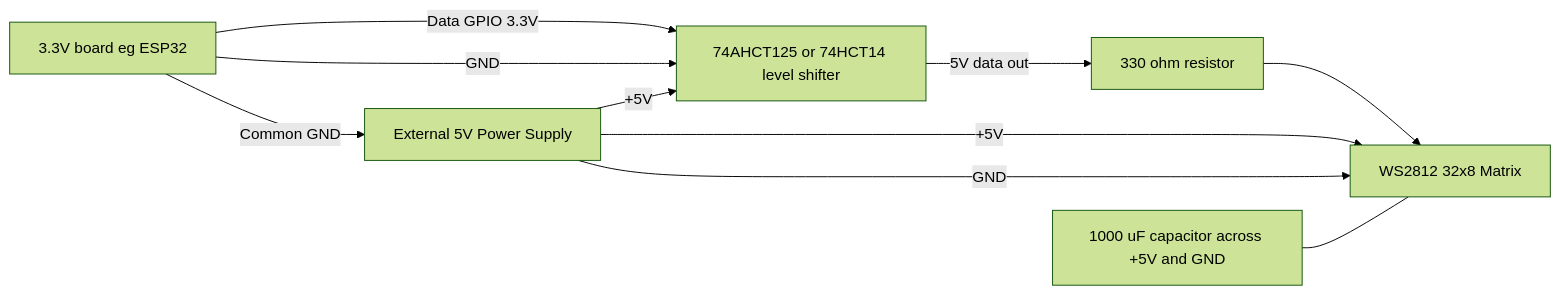
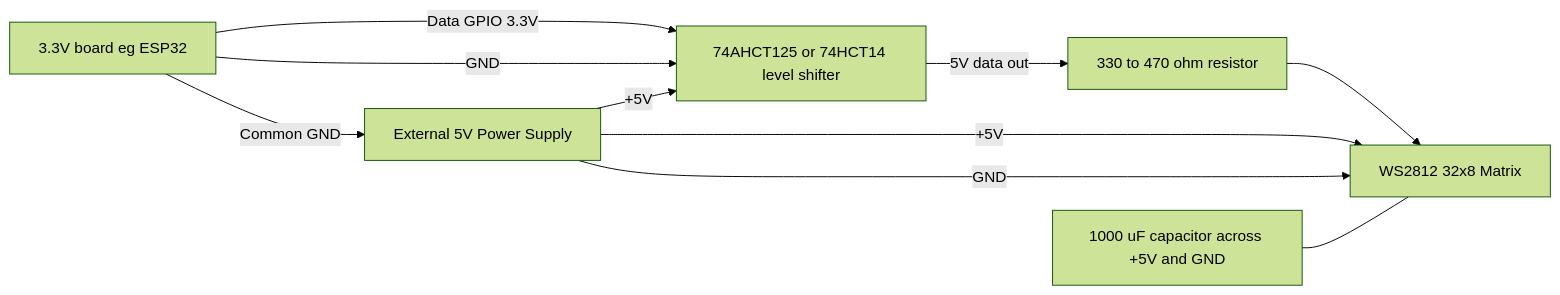
One commit to timnickel/250-yeaars-usa changed the second of 4 diagrams in notes/wiring-options.md. Above: the diagram before and after it, drawn with Mermaid (forest theme). The commit also changed other lines of this file and 1 other file, not shown here.

````diff
--- a/notes/wiring-options.md
+++ b/notes/wiring-options.md
@@ -41,18 +43,18 @@
 ```mermaid
 flowchart LR
     B[3.3V board eg ESP32]
     LS[74AHCT125 or 74HCT14 level shifter]
-    R[330 ohm resistor]
+    R[330 to 470 ohm resistor]
     M[WS2812 32x8 Matrix]
     PSU[External 5V Power Supply]
     C[1000 uF capacitor across +5V and GND]
 
     B -- Data GPIO 3.3V --> LS
     LS -- 5V data out --> R --> M
     B -- GND --> LS
     PSU -- +5V --> LS
     PSU -- +5V --> M
     PSU -- GND --> M
     B -- Common GND --> PSU
     C --- M
 ```
````
